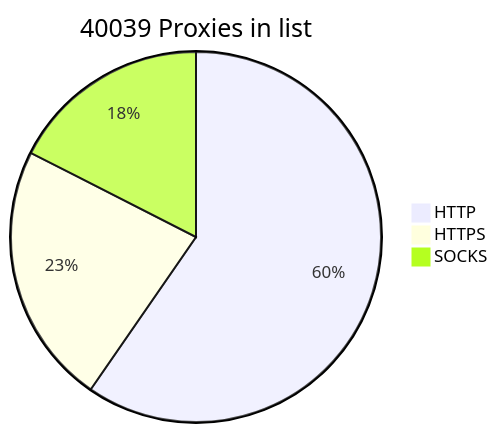
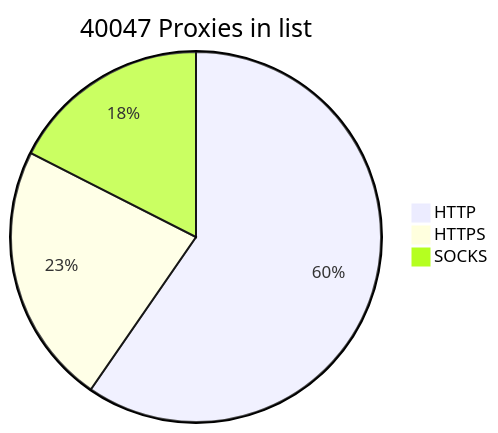
Before and after one commit to BlackSnowDot/proxylist-update-every-minute: the diagram in README.md, drawn with Mermaid.

````diff
--- a/README.md
+++ b/README.md
@@ -2,6 +2,6 @@
 ```mermaid
-pie title 40039 Proxies in list
+pie title 40047 Proxies in list
     "HTTP" : 28157
     "HTTPS": 10803
-    "SOCKS" : 8267
+    "SOCKS" : 8275
 ```
````
